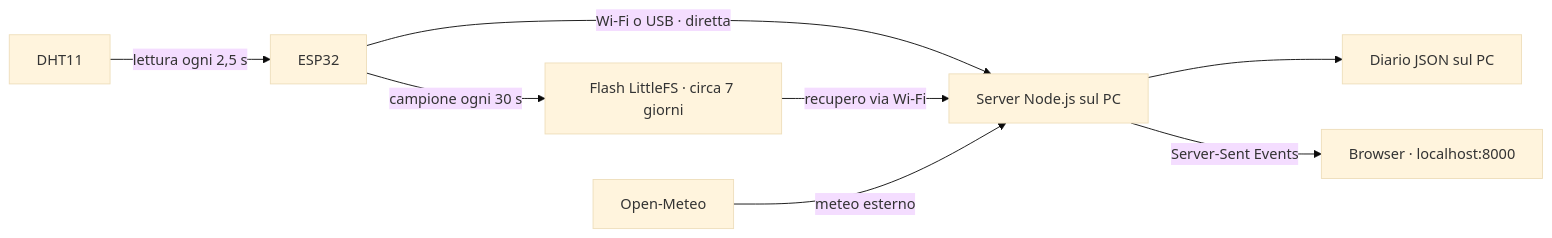
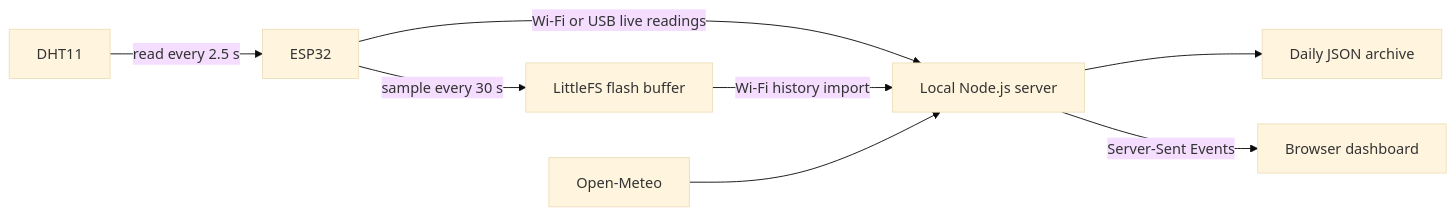
One commit to lsvt-commits/esp32-room-climate-monitor changed the diagram in README.md. Above: the diagram before and after it, drawn with Mermaid (base theme). The commit also changed other lines of this file and 5 other files, not shown here.

````diff
--- a/README.md
+++ b/README.md
@@ -64,10 +58,10 @@
 ```mermaid
 flowchart LR
-    A[DHT11] -->|lettura ogni 2,5 s| B[ESP32]
-    B -->|campione ogni 30 s| C[Flash LittleFS · circa 7 giorni]
-    B -->|Wi-Fi o USB · diretta| D[Server Node.js sul PC]
-    C -->|recupero via Wi-Fi| D
-    E[Open-Meteo] -->|meteo esterno| D
-    D --> F[Diario JSON sul PC]
-    D -->|Server-Sent Events| G[Browser · localhost:8000]
+    A[DHT11] -->|read every 2.5 s| B[ESP32]
+    B -->|sample every 30 s| C[LittleFS flash buffer]
+    B -->|Wi-Fi or USB live readings| D[Local Node.js server]
+    C -->|Wi-Fi history import| D
+    E[Open-Meteo] --> D
+    D --> F[Daily JSON archive]
+    D -->|Server-Sent Events| G[Browser dashboard]
 ```
````
